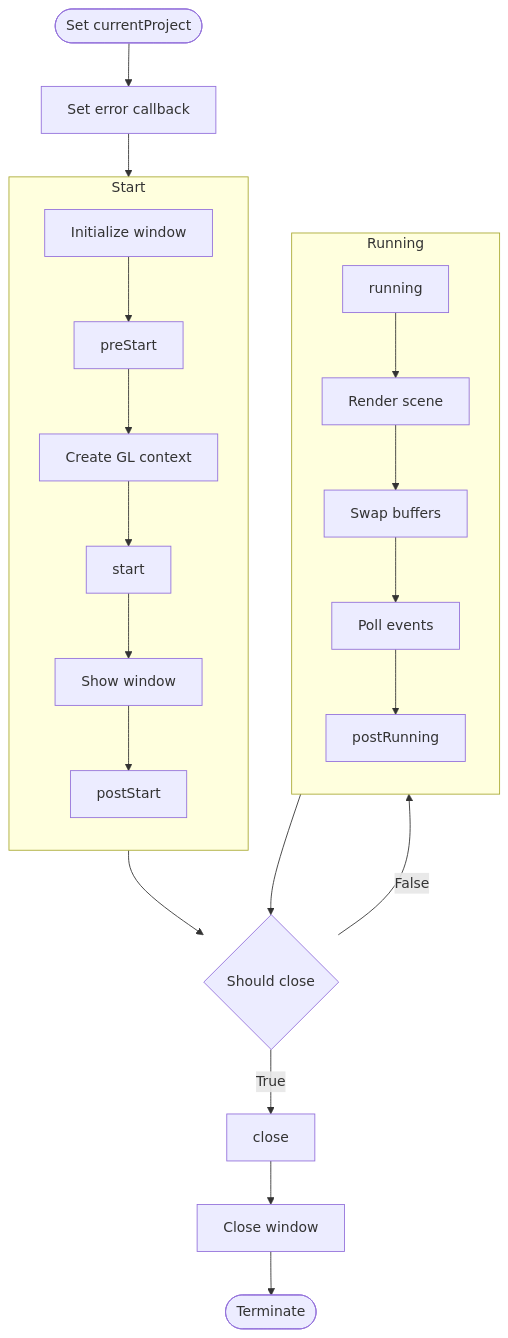
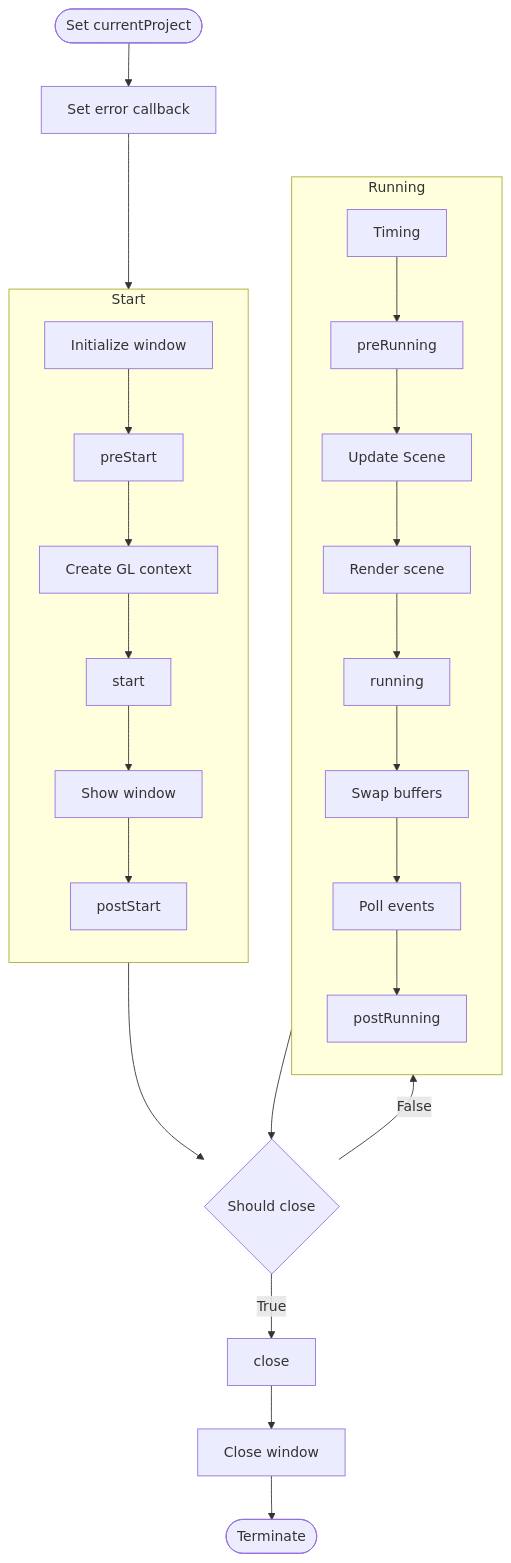
The first of 2 diagrams in structure.md (Over-Run/ktgl), drawn with Mermaid before and after one commit. The commit also changed 18 other files, not shown here.

````diff
--- a/structure.md
+++ b/structure.md
@@ -5,16 +5,16 @@
 ```mermaid
 flowchart TB
 subgraph Start
     direction TB
     init[Initialize window] --> preStart --> initCtx[Create GL context] --> start -->
     show[Show window] --> postStart
 end
 subgraph Running
     direction TB
-    running --> render[Render scene] --> swap[Swap buffers] -->
-    poll[Poll events] --> postRunning
+    Timing --> preRunning --> update[Update Scene] --> render[Render scene] -->
+    running --> swap[Swap buffers] --> poll[Poll events] --> postRunning
 end
 currProj([Set currentProject]) --> errorCb[Set error callback] --> Start -->
 shouldClose{Should close} -->|False| Running --> shouldClose
 shouldClose -->|True| close --> closeWindow[Close window] --> terminate([Terminate])
 ```
````
